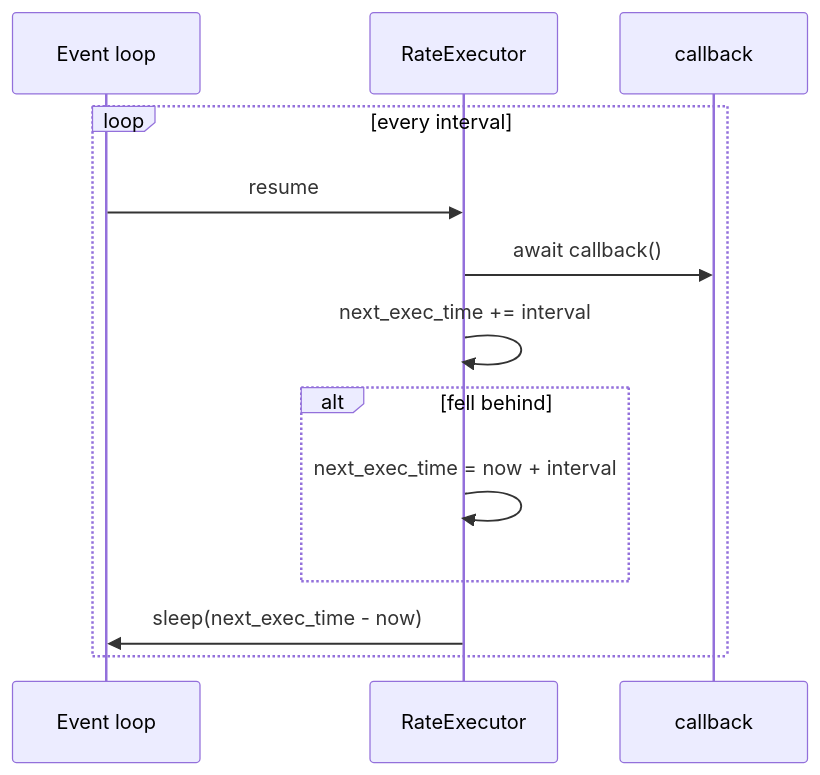
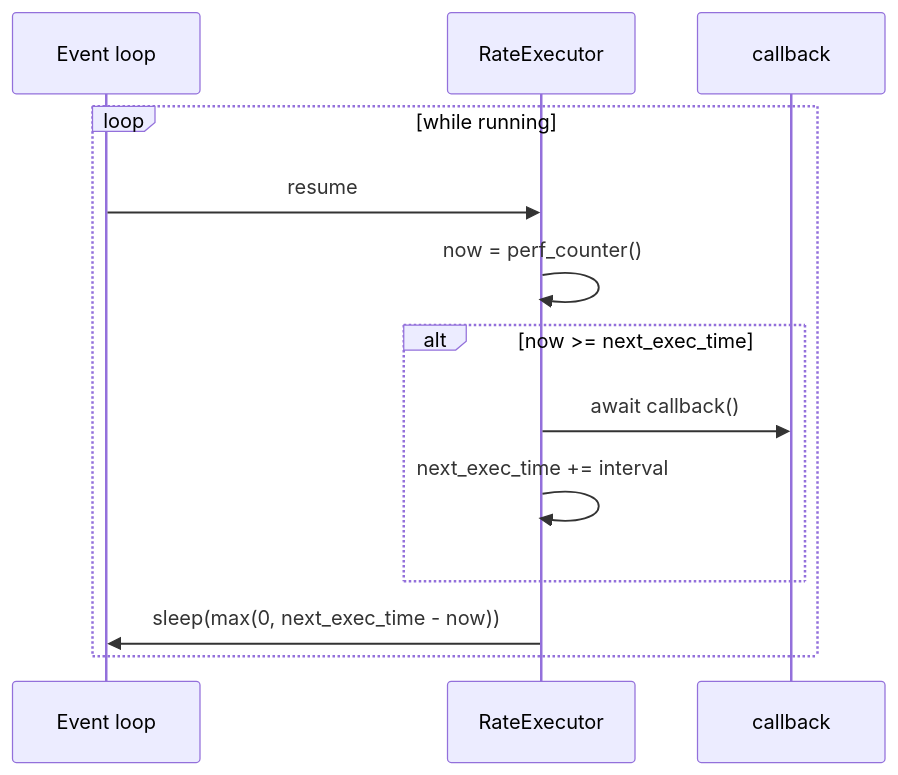
One commit to sudoRicheek/cortex changed the second of 3 diagrams in docs/concepts/async-execution-model.md. Above: the diagram before and after it, drawn with Mermaid. The commit also changed other lines of this file and 89 other files, not shown here.

````diff
--- a/docs/concepts/async-execution-model.md
+++ b/docs/concepts/async-execution-model.md
@@ -24,16 +20,16 @@
 ```mermaid
 sequenceDiagram
     participant L as Event loop
     participant R as RateExecutor
     participant CB as callback
 
-    loop every interval
+    loop while running
         L->>R: resume
-        R->>CB: await callback()
-        R->>R: next_exec_time += interval
-        alt fell behind
-            R->>R: next_exec_time = now + interval
+        R->>R: now = perf_counter()
+        alt now >= next_exec_time
+            R->>CB: await callback()
+            R->>R: next_exec_time += interval
         end
-        R->>L: sleep(next_exec_time - now)
+        R->>L: sleep(max(0, next_exec_time - now))
     end
 ```
````
